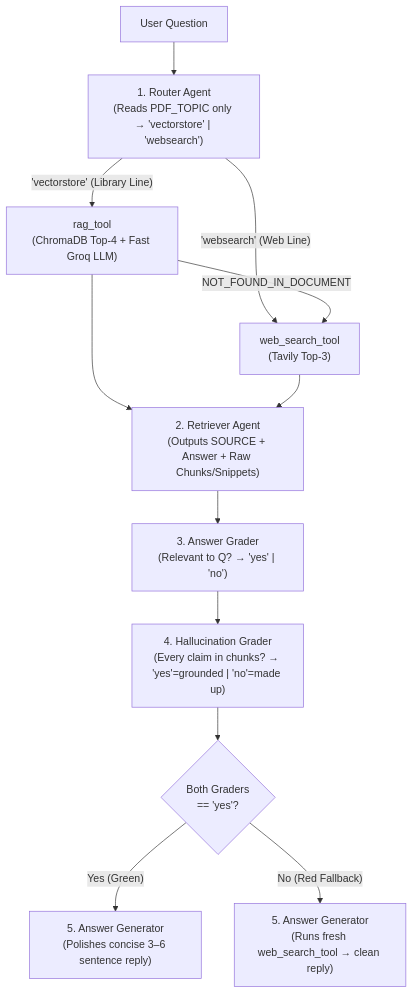
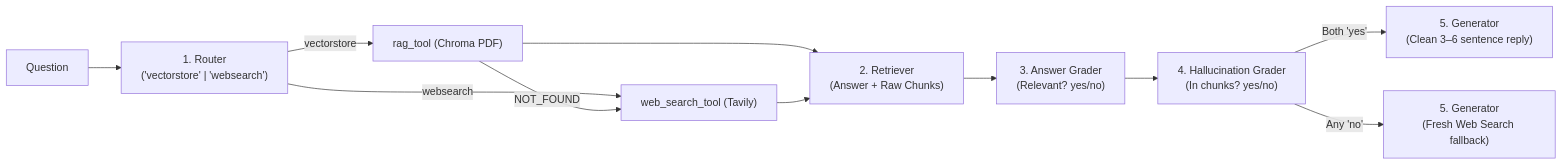
The diagram in study-material/02-agentic-rag/QUICK_REVISION.md (pankajspace/ai-bootcamp), drawn with Mermaid before and after one commit. The commit also changed other lines of this file and 2 other files, not shown here.

Commit message:
Refactor QUICK_REVISION.md for clarity and conciseness; streamline sections on Deep Search, Planning, Validation, and Security. Update workflow diagrams and enhance descriptions of tools and processes. Improve formatting and remove redundant information for better readability.

````diff
--- a/study-material/02-agentic-rag/QUICK_REVISION.md
+++ b/study-material/02-agentic-rag/QUICK_REVISION.md
@@ -32,13 +26,11 @@
 ```mermaid
-flowchart TD
-    Q["User Question"] --> A1["1. Router Agent\n(Reads PDF_TOPIC only → 'vectorstore' | 'websearch')"]
-    A1 -- "'vectorstore' (Library Line)" --> RT["rag_tool\n(ChromaDB Top-4 + Fast Groq LLM)"]
-    A1 -- "'websearch' (Web Line)" --> WT["web_search_tool\n(Tavily Top-3)"]
-    RT -- "NOT_FOUND_IN_DOCUMENT" --> WT
-    RT & WT --> A2["2. Retriever Agent\n(Outputs SOURCE + Answer + Raw Chunks/Snippets)"]
-    A2 --> A3["3. Answer Grader\n(Relevant to Q? → 'yes' | 'no')"]
-    A3 --> A4["4. Hallucination Grader\n(Every claim in chunks? → 'yes'=grounded | 'no'=made up)"]
-    A4 --> DEC{"Both Graders\n== 'yes'?"}
-    DEC -- "Yes (Green)" --> A5G["5. Answer Generator\n(Polishes concise 3–6 sentence reply)"]
-    DEC -- "No (Red Fallback)" --> A5R["5. Answer Generator\n(Runs fresh web_search_tool → clean reply)"]
+flowchart LR
+    Q["Question"] --> R["1. Router\n('vectorstore' | 'websearch')"]
+    R -- "vectorstore" --> PDF["rag_tool (Chroma PDF)"]
+    R -- "websearch" --> WEB["web_search_tool (Tavily)"]
+    PDF -- "NOT_FOUND" --> WEB
+    PDF & WEB --> RET["2. Retriever\n(Answer + Raw Chunks)"]
+    RET --> G1["3. Answer Grader\n(Relevant? yes/no)"] --> G2["4. Hallucination Grader\n(In chunks? yes/no)"]
+    G2 -- "Both 'yes'" --> GEN1["5. Generator\n(Clean 3–6 sentence reply)"]
+    G2 -- "Any 'no'" --> GEN2["5. Generator\n(Fresh Web Search fallback)"]
 ```
````
